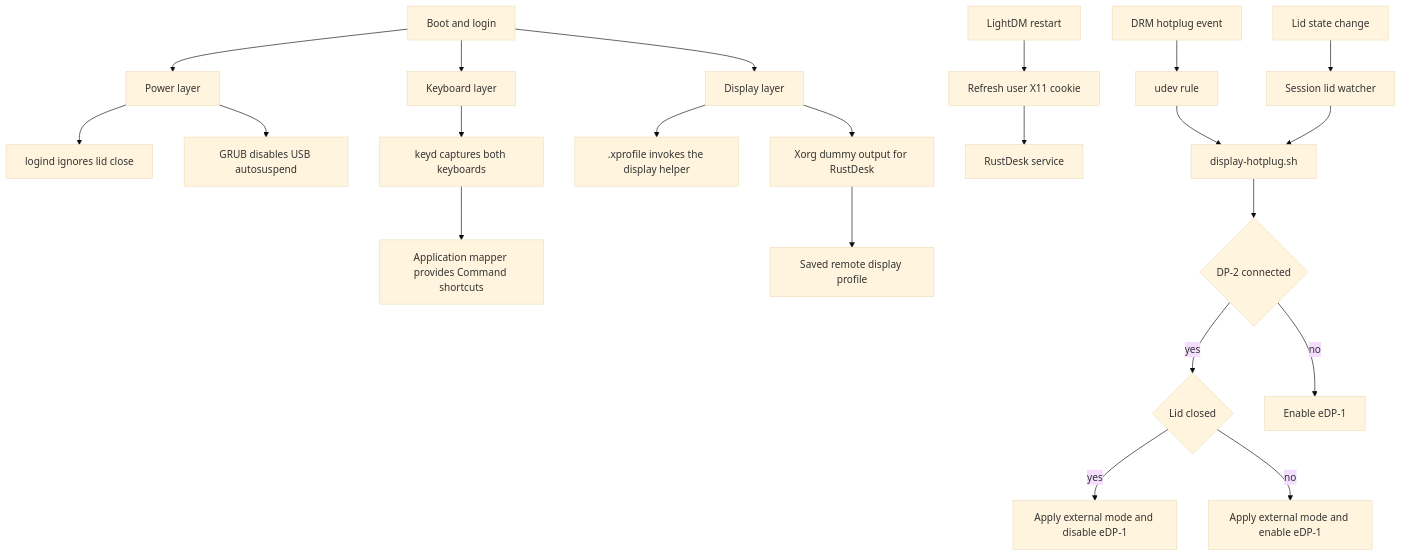
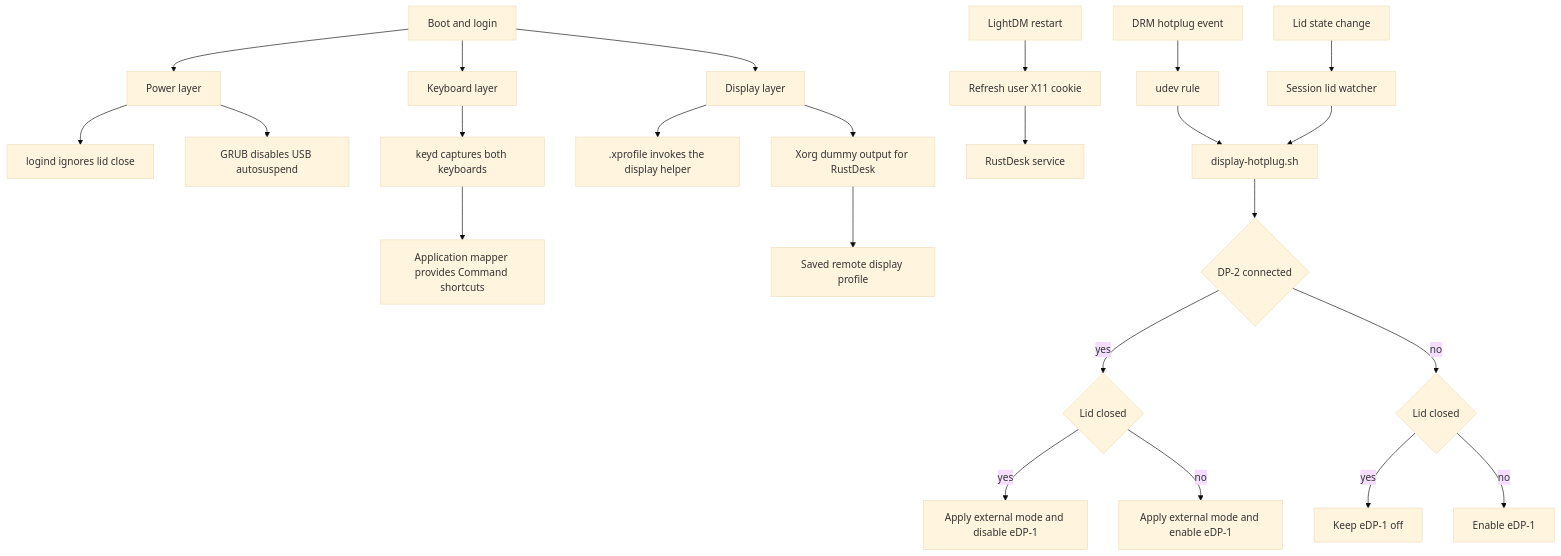
One commit to realdavidvega/dotfiles changed the diagram in doc/linux-mint-macbook.md. Above: the diagram before and after it, drawn with Mermaid (base theme). The commit also changed other lines of this file and 5 other files, not shown here.

````diff
--- a/doc/linux-mint-macbook.md
+++ b/doc/linux-mint-macbook.md
@@ -13,24 +13,26 @@
 ```mermaid
 flowchart TD
   boot[Boot and login] --> power[Power layer]
   boot --> keyboard[Keyboard layer]
   boot --> display[Display layer]
   power --> lid[logind ignores lid close]
   power --> usb[GRUB disables USB autosuspend]
   keyboard --> keyd[keyd captures both keyboards]
   keyd --> mapper[Application mapper provides Command shortcuts]
   display --> xprofile[.xprofile invokes the display helper]
   display --> dummy[Xorg dummy output for RustDesk]
   dummy --> profile[Saved remote display profile]
   displaymanager[LightDM restart] --> xauth[Refresh user X11 cookie]
   xauth --> rustdesk[RustDesk service]
   hotplug[DRM hotplug event] --> udev[udev rule]
   udev --> script[display-hotplug.sh]
   lidchange[Lid state change] --> watcher[Session lid watcher]
   watcher --> script
   script --> connected{DP-2 connected}
   connected -->|yes| lidstate{Lid closed}
   lidstate -->|yes| external[Apply external mode and disable eDP-1]
   lidstate -->|no| dual[Apply external mode and enable eDP-1]
-  connected -->|no| internal[Enable eDP-1]
+  connected -->|no| fallback{Lid closed}
+  fallback -->|yes| nodisplay[Keep eDP-1 off]
+  fallback -->|no| internal[Enable eDP-1]
 ```
````
